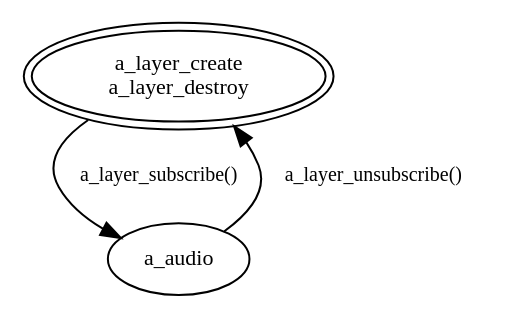
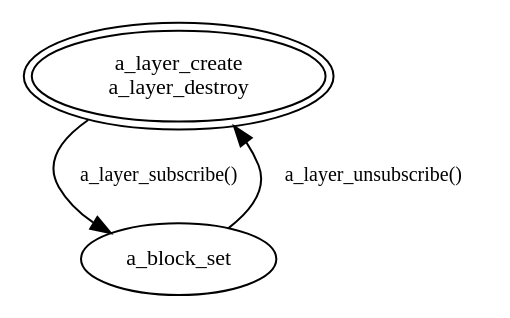
The diagram in media/subscription/subscription-a.dot (versenaut/verse-spec), drawn with Graphviz before and after one commit. The commit also changed 3 other files, not shown here.

```diff
--- a/media/subscription/subscription-a.dot
+++ b/media/subscription/subscription-a.dot
@@ -1,15 +1,15 @@
 /*
 ** Audio subscription graph.
 */
 
 digraph subscription {
 	node [label="\N", shape="ellipse", fontsize="11"];
 	edge [fontsize="10"];
 
 	text -> buffer [label="a_layer_subscribe()"];
 	buffer -> text [label="a_layer_unsubscribe()"];
 
-	buffer [label="a_audio"];
+	buffer [label="a_block_set"];
 
 	text [peripheries="2", label="a_layer_create\na_layer_destroy"];
 }
```
